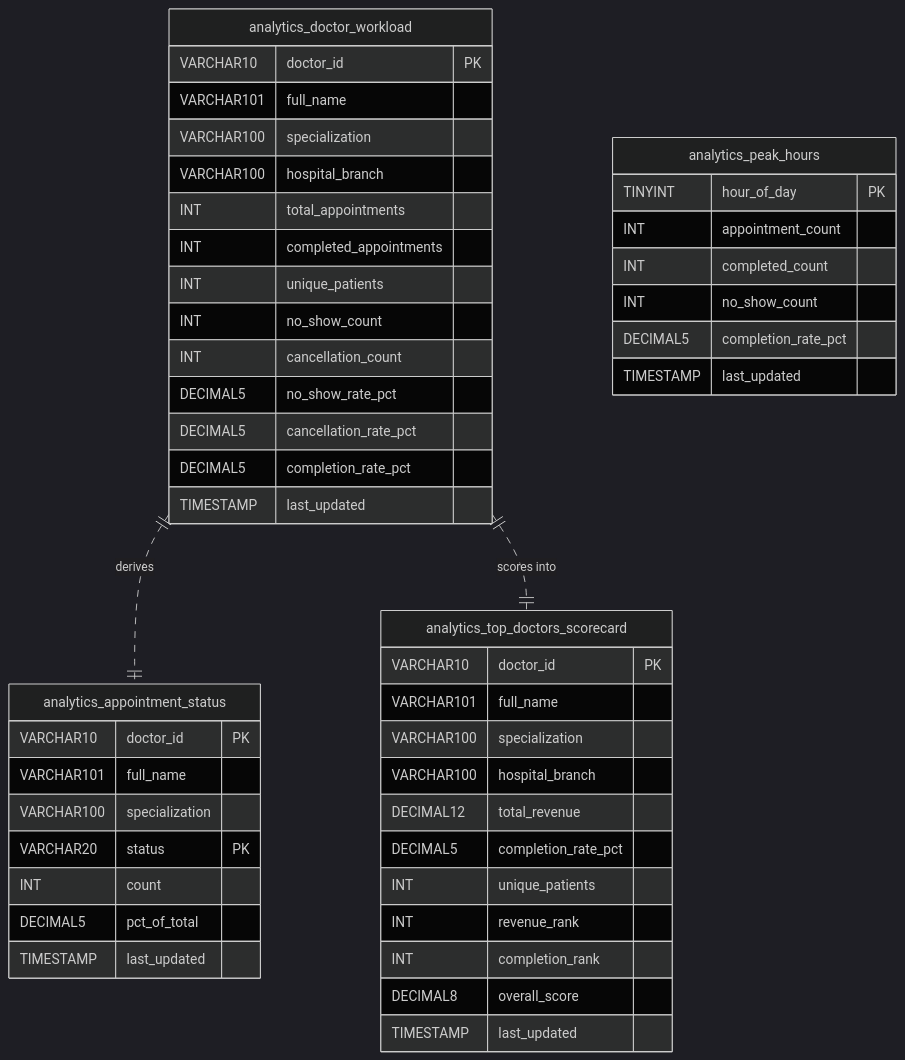
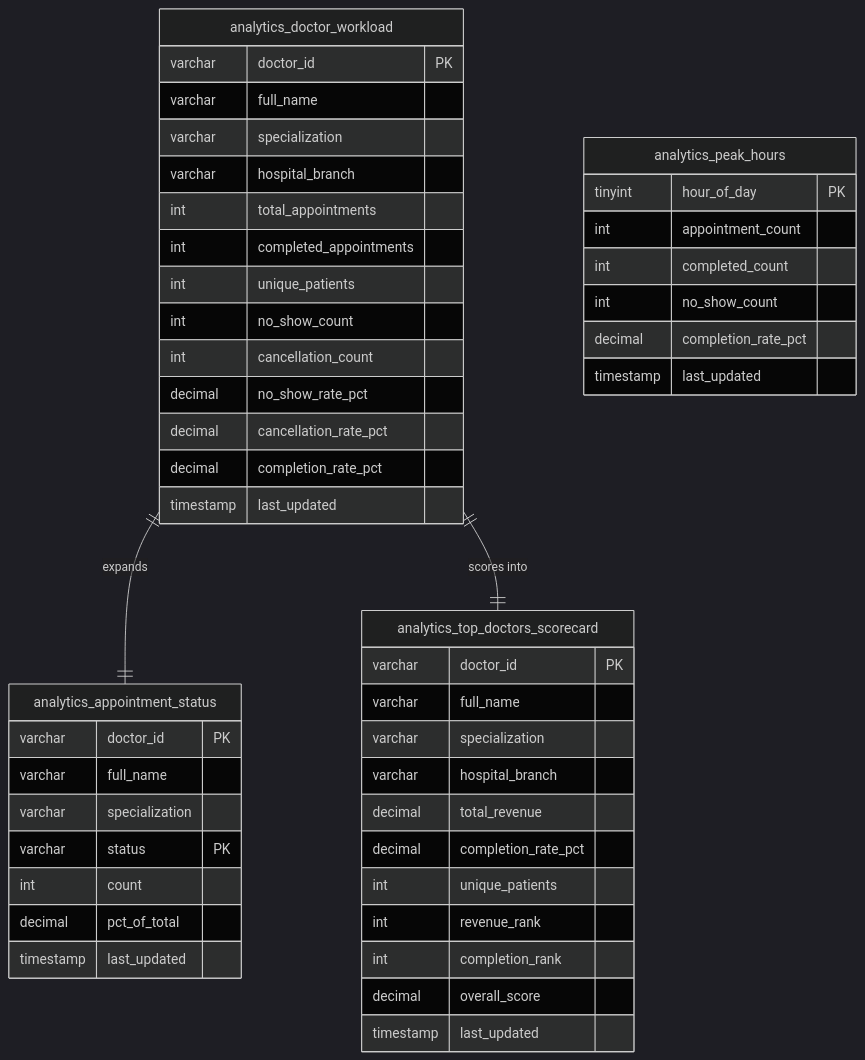
Diagram 13 of 15 in PROJECT_DOCUMENTATION.md (PampariNaresh/healthcare-data-platform), drawn with Mermaid (dark theme) before and after one commit. The commit also changed other lines of this file, not shown here.

First line of the commit message:
fix: correct Mermaid erDiagram syntax for GitHub rendering

````diff
--- a/PROJECT_DOCUMENTATION.md
+++ b/PROJECT_DOCUMENTATION.md
@@ -1348,54 +1347,54 @@
 ```mermaid
 erDiagram
     analytics_appointment_status {
-        VARCHAR10   doctor_id          PK
-        VARCHAR101  full_name
-        VARCHAR100  specialization
-        VARCHAR20   status             PK
-        INT         count
-        DECIMAL5    pct_of_total
-        TIMESTAMP   last_updated
+        varchar   doctor_id PK
+        varchar   full_name
+        varchar   specialization
+        varchar   status PK
+        int       count
+        decimal   pct_of_total
+        timestamp last_updated
     }
 
     analytics_doctor_workload {
-        VARCHAR10   doctor_id                  PK
-        VARCHAR101  full_name
-        VARCHAR100  specialization
-        VARCHAR100  hospital_branch
-        INT         total_appointments
-        INT         completed_appointments
-        INT         unique_patients
-        INT         no_show_count
-        INT         cancellation_count
-        DECIMAL5    no_show_rate_pct
-        DECIMAL5    cancellation_rate_pct
-        DECIMAL5    completion_rate_pct
-        TIMESTAMP   last_updated
+        varchar   doctor_id PK
+        varchar   full_name
+        varchar   specialization
+        varchar   hospital_branch
+        int       total_appointments
+        int       completed_appointments
+        int       unique_patients
+        int       no_show_count
+        int       cancellation_count
+        decimal   no_show_rate_pct
+        decimal   cancellation_rate_pct
+        decimal   completion_rate_pct
+        timestamp last_updated
     }
 
     analytics_peak_hours {
-        TINYINT     hour_of_day        PK
-        INT         appointment_count
-        INT         completed_count
-        INT         no_show_count
-        DECIMAL5    completion_rate_pct
-        TIMESTAMP   last_updated
+        tinyint   hour_of_day PK
+        int       appointment_count
+        int       completed_count
+        int       no_show_count
+        decimal   completion_rate_pct
+        timestamp last_updated
     }
 
     analytics_top_doctors_scorecard {
-        VARCHAR10   doctor_id              PK
-        VARCHAR101  full_name
-        VARCHAR100  specialization
-        VARCHAR100  hospital_branch
-        DECIMAL12   total_revenue
-        DECIMAL5    completion_rate_pct
-        INT         unique_patients
-        INT         revenue_rank
-        INT         completion_rank
-        DECIMAL8    overall_score
-        TIMESTAMP   last_updated
+        varchar   doctor_id PK
+        varchar   full_name
+        varchar   specialization
+        varchar   hospital_branch
+        decimal   total_revenue
+        decimal   completion_rate_pct
+        int       unique_patients
+        int       revenue_rank
+        int       completion_rank
+        decimal   overall_score
+        timestamp last_updated
     }
 
-    analytics_doctor_workload      ||..|| analytics_appointment_status    : "derives"
-    analytics_doctor_workload      ||..|| analytics_top_doctors_scorecard  : "scores into"
+    analytics_doctor_workload ||--|| analytics_appointment_status : "expands"
+    analytics_doctor_workload ||--|| analytics_top_doctors_scorecard : "scores into"
 ```
````
